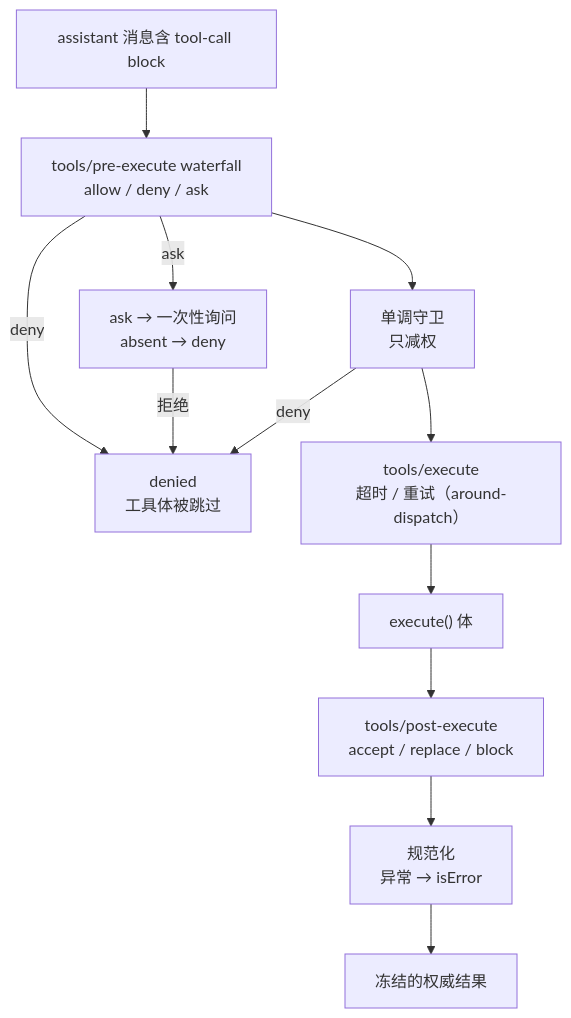
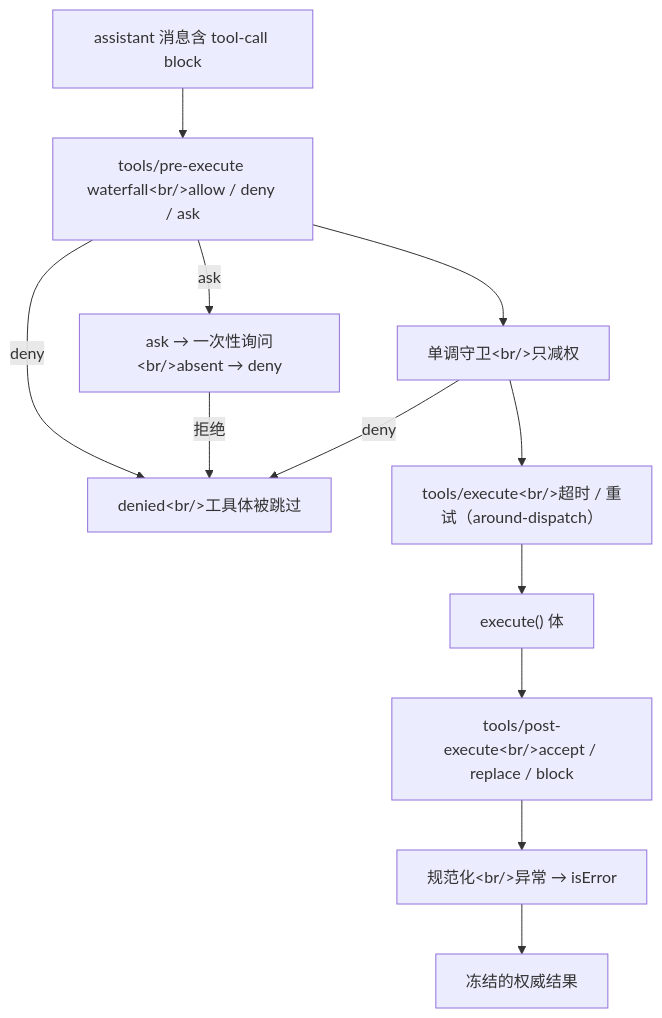
Before and after one commit to ZZKeepCurious/mini-deepseek-harness-python: the diagram in docs/chapters/03-tool-execution-pipeline.md, drawn with Mermaid. The commit also changed other lines of this file and 8 other files, not shown here.

````diff
--- a/docs/chapters/03-tool-execution-pipeline.md
+++ b/docs/chapters/03-tool-execution-pipeline.md
@@ -14,18 +27,18 @@
 ```mermaid
 flowchart TD
   M["assistant 消息含 tool-call block"]
-  PRE["tools/pre-execute waterfall<br/>allow / deny / ask"]
-  ASK["ask → 一次性询问<br/>absent → deny"]
-  DEN["denied<br/>工具体被跳过"]
-  G["单调守卫<br/>只减权"]
-  EX["tools/execute<br/>超时 / 重试（around-dispatch）"]
+  PRE["tools/pre-execute waterfall&lt;br/&gt;allow / deny / ask"]
+  ASK["ask → 一次性询问&lt;br/&gt;absent → deny"]
+  DEN["denied&lt;br/&gt;工具体被跳过"]
+  G["单调守卫&lt;br/&gt;只减权"]
+  EX["tools/execute&lt;br/&gt;超时 / 重试（around-dispatch）"]
   BODY["execute() 体"]
-  POST["tools/post-execute<br/>accept / replace / block"]
-  NORM["规范化<br/>异常 → isError"]
+  POST["tools/post-execute&lt;br/&gt;accept / replace / block"]
+  NORM["规范化&lt;br/&gt;异常 → isError"]
   RES["冻结的权威结果"]
   M --> PRE --> G --> EX --> BODY --> POST --> NORM --> RES
   PRE -->|deny| DEN
   PRE -->|ask| ASK
   ASK -->|拒绝| DEN
   G -->|deny| DEN
 ```
````
